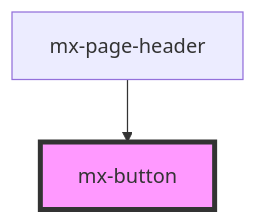
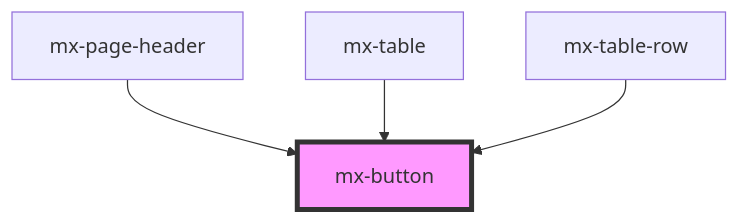
One commit to kevinleedrum/mds changed the diagram in src/components/mx-button/readme.md. Above: the diagram before and after it, drawn with Mermaid. The commit also changed other lines of this file and 448 other files, not shown here.

````diff
--- a/src/components/mx-button/readme.md
+++ b/src/components/mx-button/readme.md
@@ -29,5 +31,7 @@
 ```mermaid
 graph TD;
   mx-page-header --> mx-button
+  mx-table --> mx-button
+  mx-table-row --> mx-button
   style mx-button fill:#f9f,stroke:#333,stroke-width:4px
 ```
````
